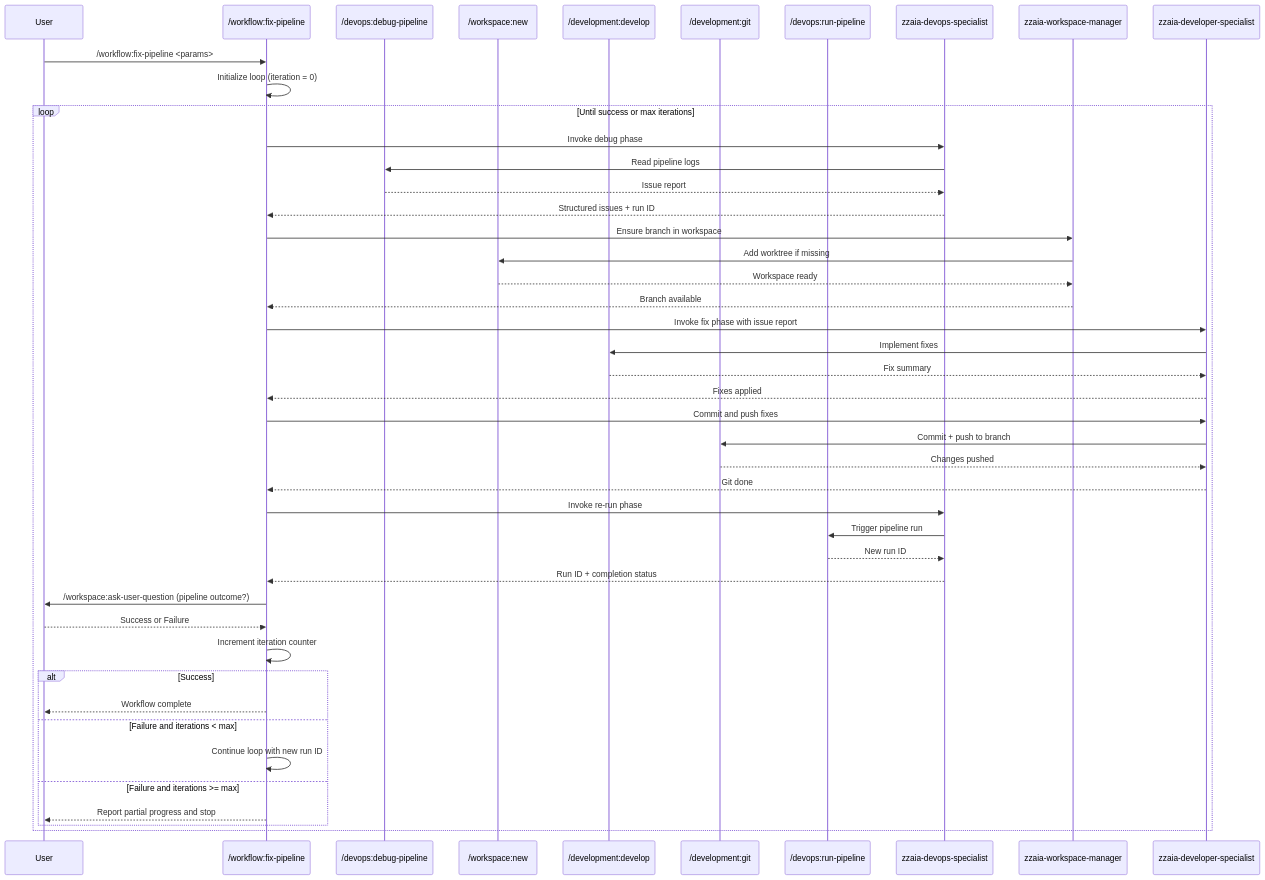
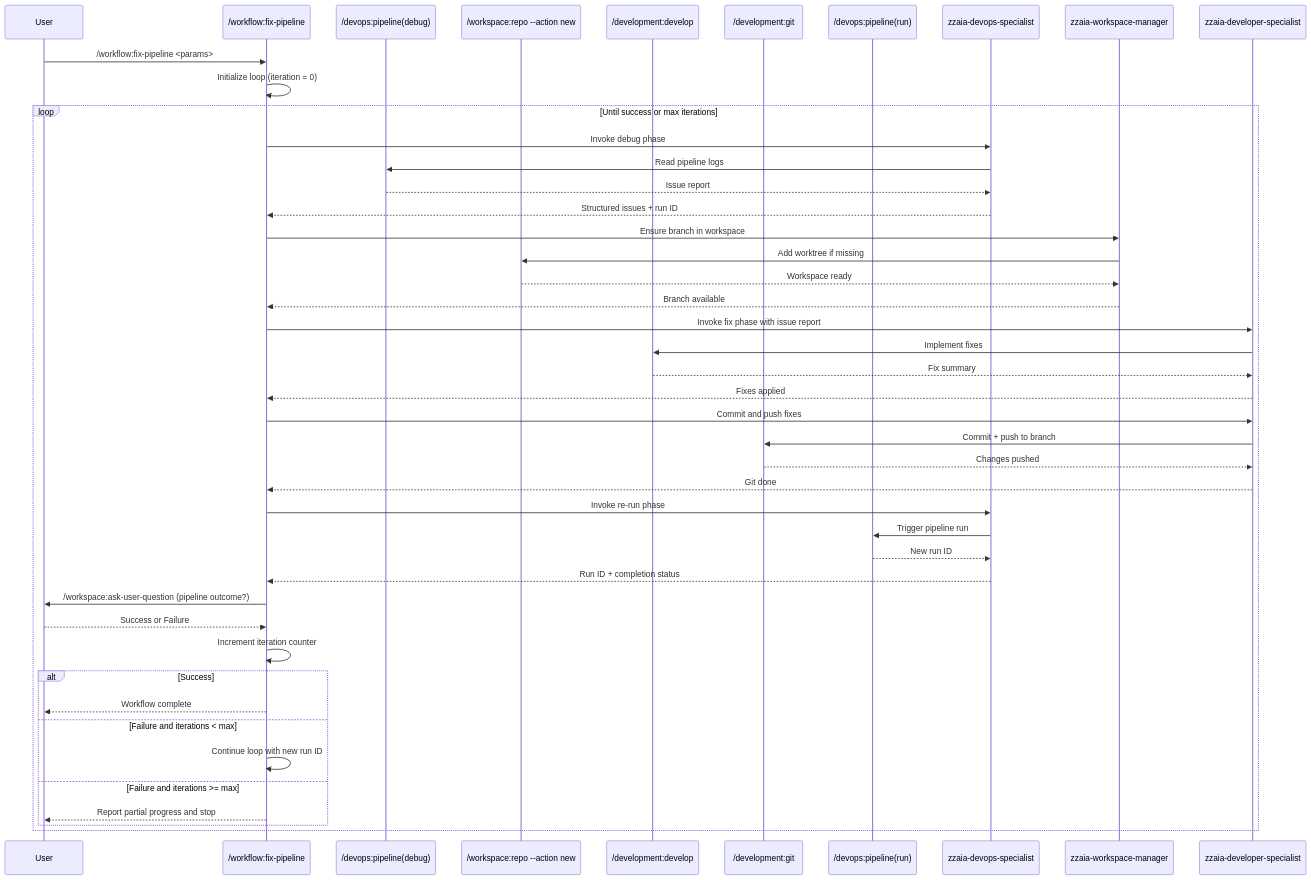
The diagram in .claude/commands/workflow/fix-pipeline.md (zzaia/zzaia-agentic-workspace), drawn with Mermaid before and after one commit. The commit also changed other lines of this file and 26 other files, not shown here.

````diff
--- a/.claude/commands/workflow/fix-pipeline.md
+++ b/.claude/commands/workflow/fix-pipeline.md
@@ -97,55 +97,55 @@
 ```mermaid
 sequenceDiagram
     participant U as User
     participant W as /workflow:fix-pipeline
-    participant DBG as /devops:debug-pipeline
-    participant WN as /workspace:new
+    participant DBG as /devops:pipeline(debug)
+    participant WN as /workspace:repo --action new
     participant FIX as /development:develop
     participant GIT as /development:git
-    participant RUN as /devops:run-pipeline
+    participant RUN as /devops:pipeline(run)
     participant A1 as zzaia-devops-specialist
     participant A2 as zzaia-workspace-manager
     participant A3 as zzaia-developer-specialist
 
     U->>W: /workflow:fix-pipeline <params>
     W->>W: Initialize loop (iteration = 0)
 
     loop Until success or max iterations
         W->>A1: Invoke debug phase
         A1->>DBG: Read pipeline logs
         DBG-->>A1: Issue report
         A1-->>W: Structured issues + run ID
 
         W->>A2: Ensure branch in workspace
         A2->>WN: Add worktree if missing
         WN-->>A2: Workspace ready
         A2-->>W: Branch available
 
         W->>A3: Invoke fix phase with issue report
         A3->>FIX: Implement fixes
         FIX-->>A3: Fix summary
         A3-->>W: Fixes applied
 
         W->>A3: Commit and push fixes
         A3->>GIT: Commit + push to branch
         GIT-->>A3: Changes pushed
         A3-->>W: Git done
 
         W->>A1: Invoke re-run phase
         A1->>RUN: Trigger pipeline run
         RUN-->>A1: New run ID
         A1-->>W: Run ID + completion status
 
         W->>U: /workspace:ask-user-question (pipeline outcome?)
         U-->>W: Success or Failure
         W->>W: Increment iteration counter
 
         alt Success
             W-->>U: Workflow complete
         else Failure and iterations < max
             W->>W: Continue loop with new run ID
         else Failure and iterations >= max
             W-->>U: Report partial progress and stop
         end
     end
 ```
````
